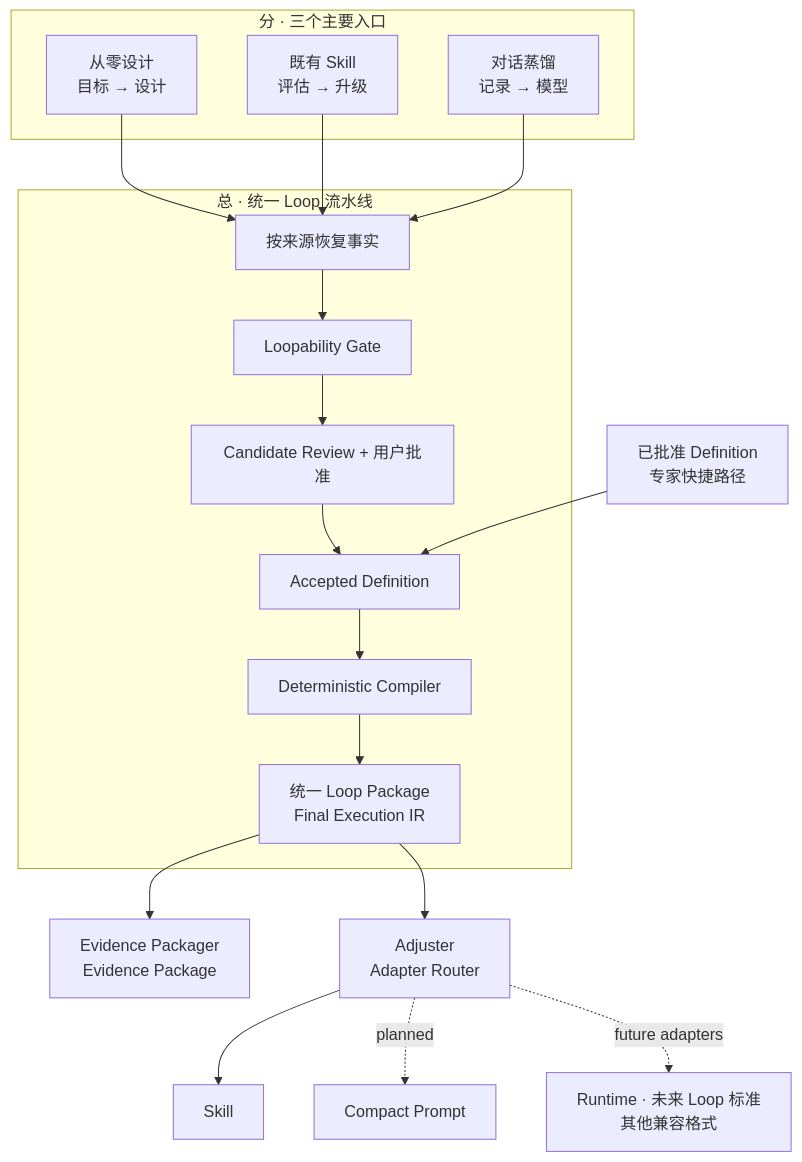
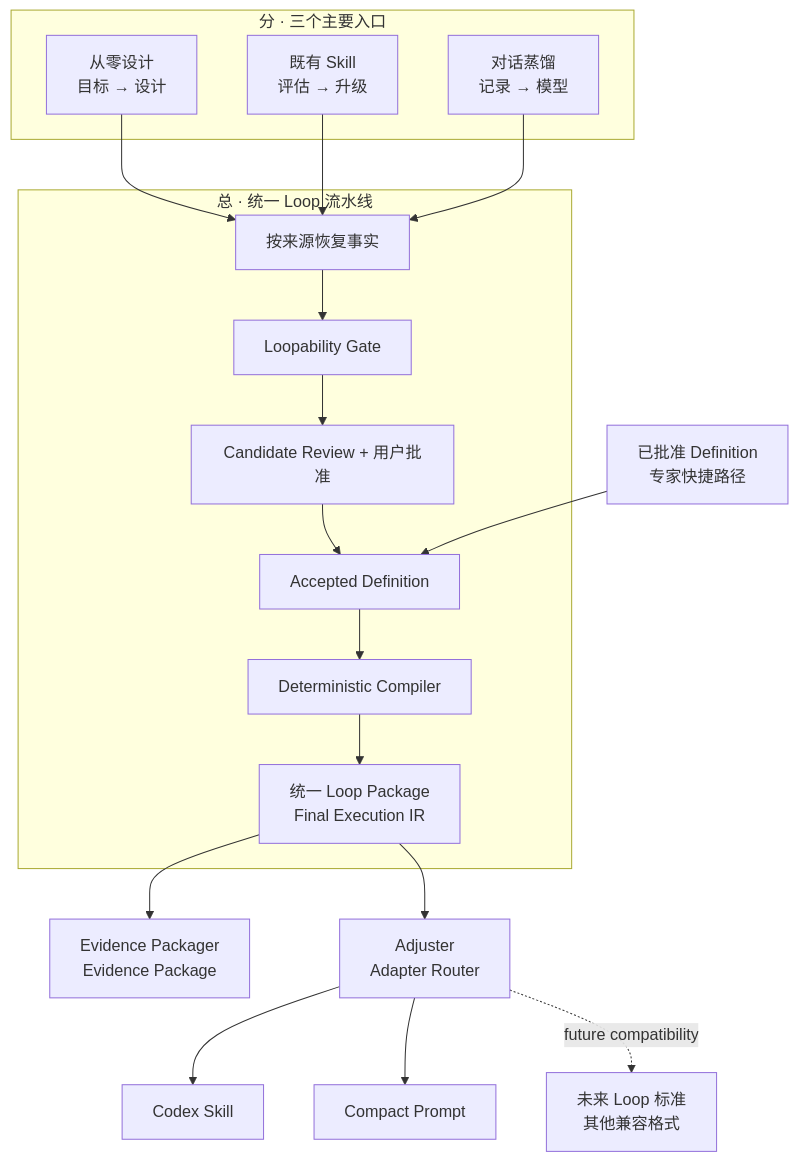
The diagram in README.zh.md (Conradgui/loop-craft), drawn with Mermaid before and after one commit. The commit also changed other lines of this file and 7 other files, not shown here.

````diff
--- a/README.zh.md
+++ b/README.zh.md
@@ -23,31 +28,31 @@
 ```mermaid
 flowchart TB
     subgraph ENTRY["分 · 三个主要入口"]
         E1["从零设计<br/>目标 → 设计"]
         E2["既有 Skill<br/>评估 → 升级"]
         E3["对话蒸馏<br/>记录 → 模型"]
     end
 
     subgraph CORE["总 · 统一 Loop 流水线"]
         C1["按来源恢复事实"]
         C2["Loopability Gate"]
         C3["Candidate Review + 用户批准"]
         C4["Accepted Definition"]
         C5["Deterministic Compiler"]
         C6["统一 Loop Package<br/>Final Execution IR"]
         C1 --> C2 --> C3 --> C4 --> C5 --> C6
     end
 
     E1 --> C1
     E2 --> C1
     E3 --> C1
 
     D["已批准 Definition<br/>专家快捷路径"] --> C4
 
     C6 --> EP["Evidence Packager<br/>Evidence Package"]
     C6 --> AR["Adjuster<br/>Adapter Router"]
 
-    AR --> S["Skill"]
-    AR -. planned .-> P["Compact Prompt"]
-    AR -. future adapters .-> F["Runtime · 未来 Loop 标准<br/>其他兼容格式"]
+    AR --> S["Codex Skill"]
+    AR --> P["Compact Prompt"]
+    AR -. future compatibility .-> F["未来 Loop 标准<br/>其他兼容格式"]
 ```
````
